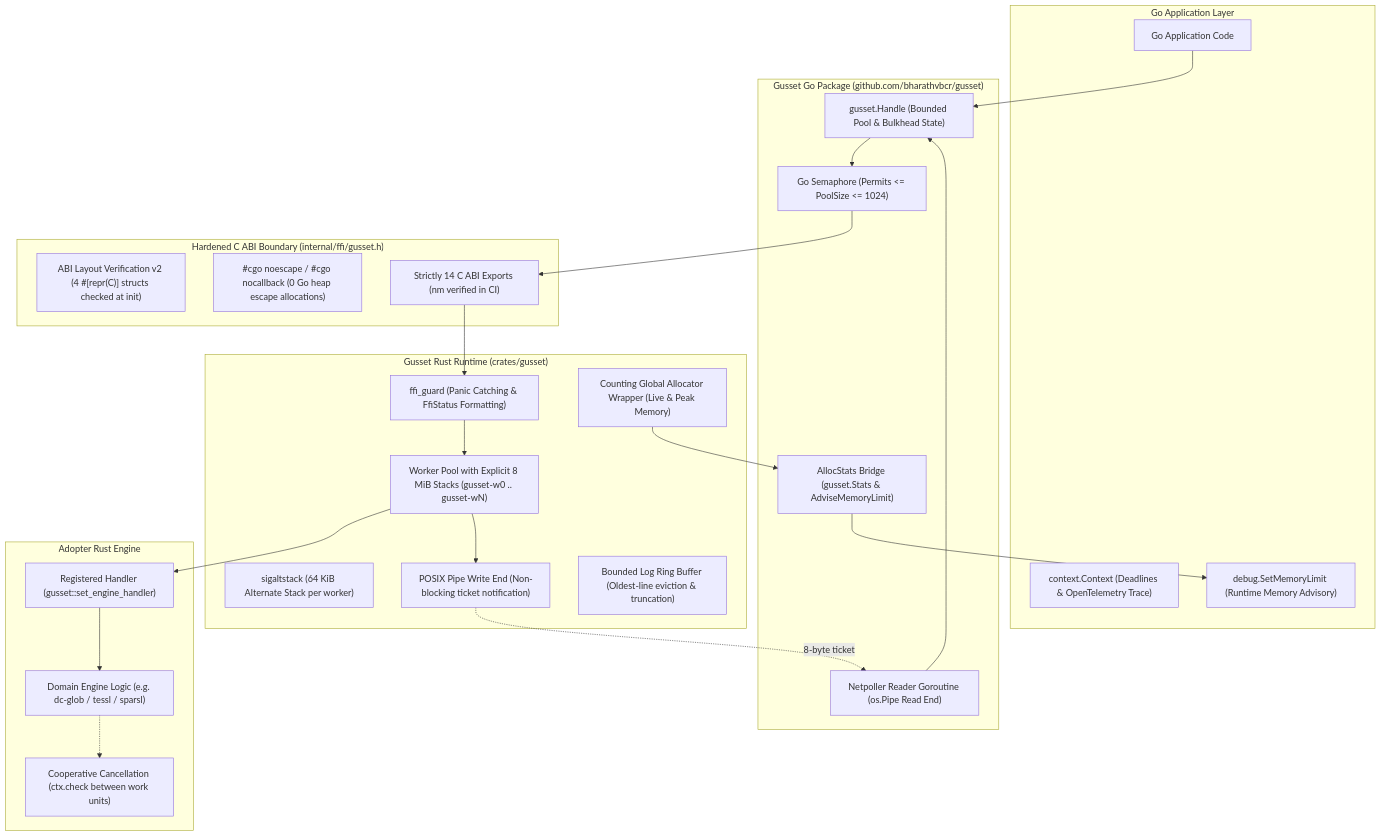
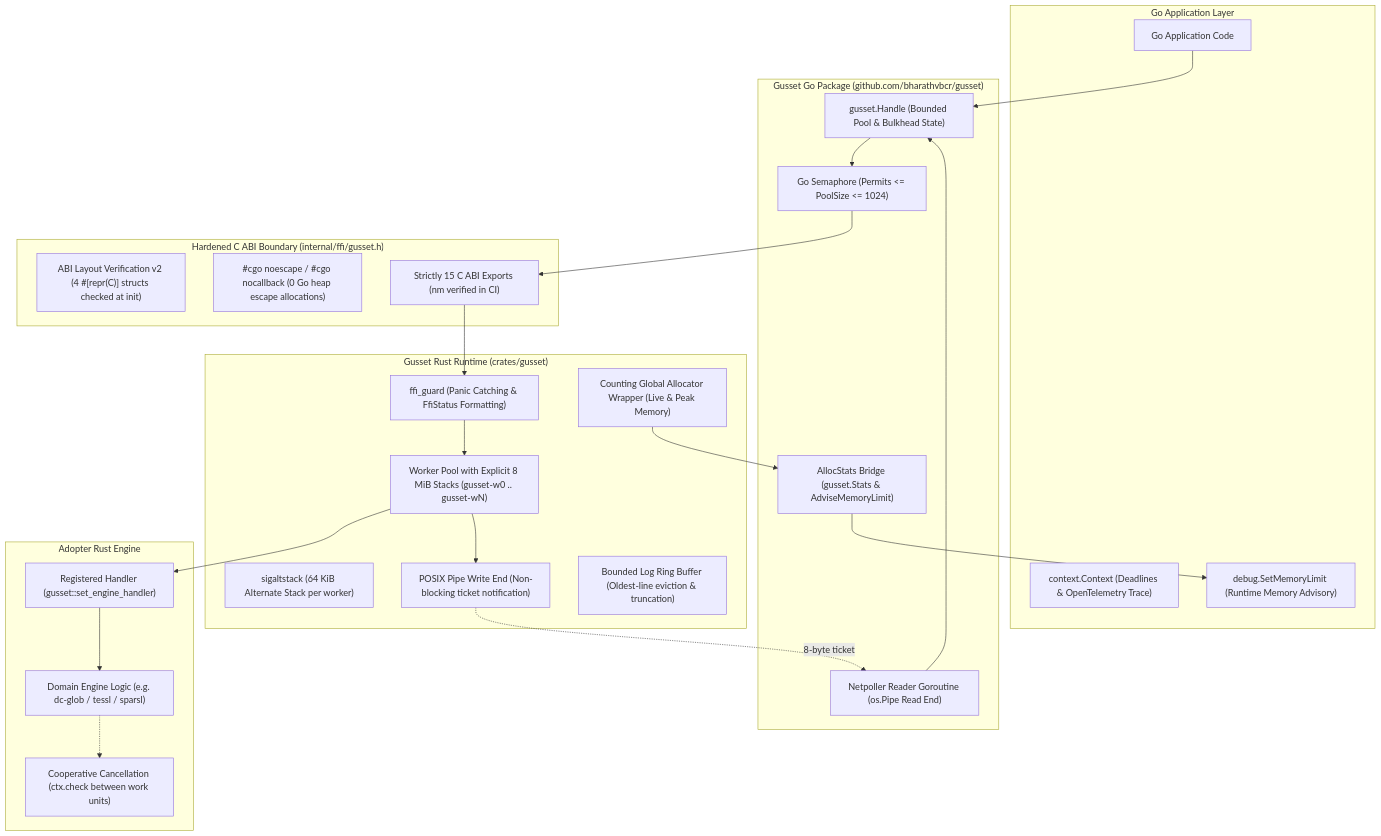
One commit to bharathvbcr/gusset changed the first of 4 diagrams in README.md. Above: the diagram before and after it, drawn with Mermaid. The commit also changed other lines of this file and 9 other files, not shown here.

````diff
--- a/README.md
+++ b/README.md
@@ -15,50 +15,50 @@
 ```mermaid
 flowchart TD
     subgraph GoApp ["Go Application Layer"]
         App["Go Application Code"]
         Ctx["context.Context (Deadlines & OpenTelemetry Trace)"]
         MemLimit["debug.SetMemoryLimit (Runtime Memory Advisory)"]
     end
 
     subgraph GoPkg ["Gusset Go Package (github.com/bharathvbcr/gusset)"]
         Handle["gusset.Handle (Bounded Pool & Bulkhead State)"]
         Sem["Go Semaphore (Permits <= PoolSize <= 1024)"]
         Netpoller["Netpoller Reader Goroutine (os.Pipe Read End)"]
         StatsBridge["AllocStats Bridge (gusset.Stats & AdviseMemoryLimit)"]
     end
 
     subgraph Boundary ["Hardened C ABI Boundary (internal/ffi/gusset.h)"]
         ABI["ABI Layout Verification v2 (4 #[repr(C)] structs checked at init)"]
         Directives["#cgo noescape / #cgo nocallback (0 Go heap escape allocations)"]
-        Exports["Strictly 14 C ABI Exports (nm verified in CI)"]
+        Exports["Strictly 15 C ABI Exports (nm verified in CI)"]
     end
 
     subgraph RustCrate ["Gusset Rust Runtime (crates/gusset)"]
         Guard["ffi_guard (Panic Catching & FfiStatus Formatting)"]
         Workers["Worker Pool with Explicit 8 MiB Stacks (gusset-w0 .. gusset-wN)"]
         SigAlt["sigaltstack (64 KiB Alternate Stack per worker)"]
         PipeWrite["POSIX Pipe Write End (Non-blocking ticket notification)"]
         Alloc["Counting Global Allocator Wrapper (Live & Peak Memory)"]
         LogRing["Bounded Log Ring Buffer (Oldest-line eviction & truncation)"]
     end
 
     subgraph Engine ["Adopter Rust Engine"]
         Reg["Registered Handler (gusset::set_engine_handler)"]
         Core["Domain Engine Logic (e.g. dc-glob / tessl / sparsl)"]
         Cancel["Cooperative Cancellation (ctx.check between work units)"]
     end
 
     App --> Handle
     Handle --> Sem
     Sem --> Exports
     Exports --> Guard
     Guard --> Workers
     Workers --> Reg
     Reg --> Core
     Core -.-> Cancel
     Workers --> PipeWrite
     PipeWrite -. "8-byte ticket" .-> Netpoller
     Netpoller --> Handle
     Alloc --> StatsBridge
     StatsBridge --> MemLimit
 ```
````
